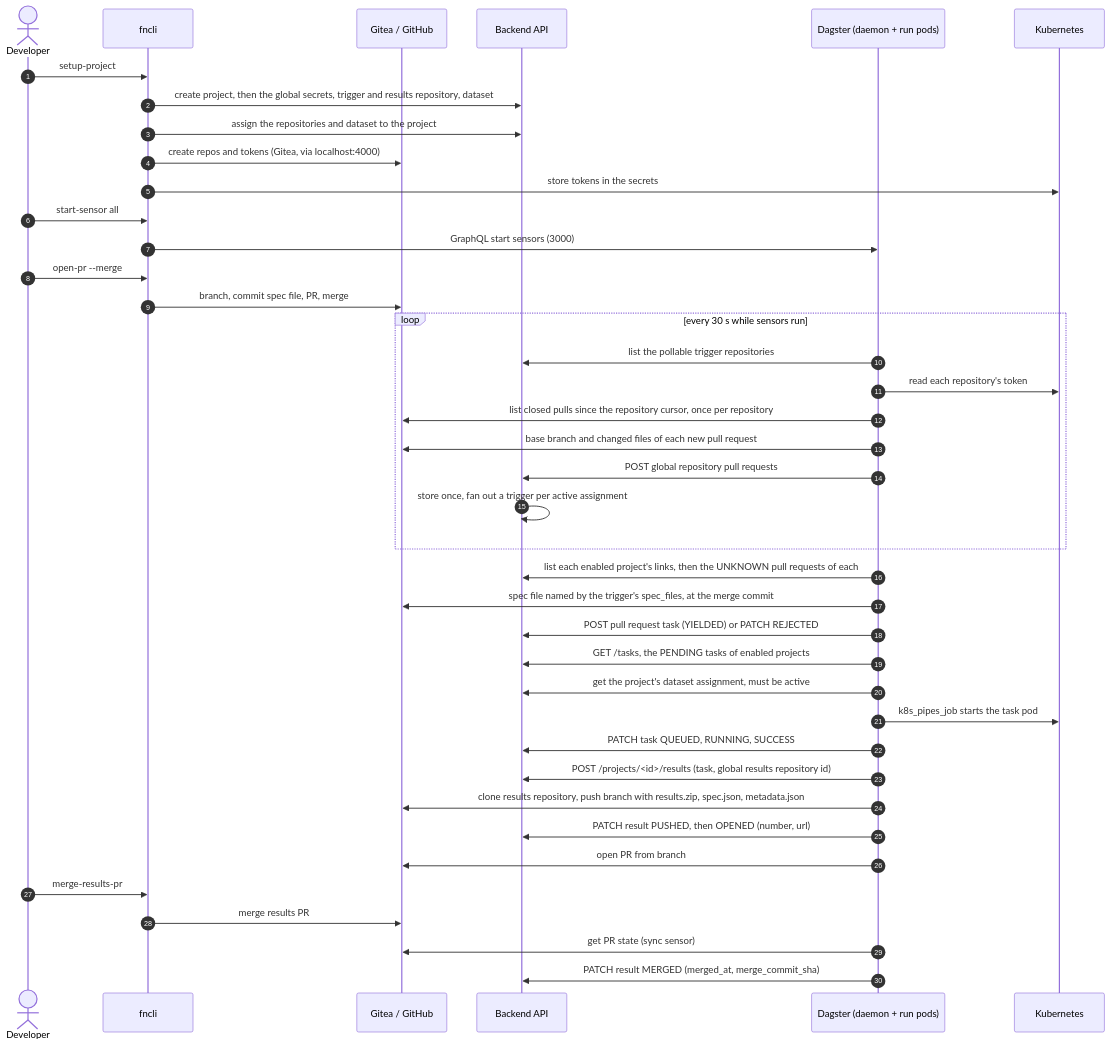
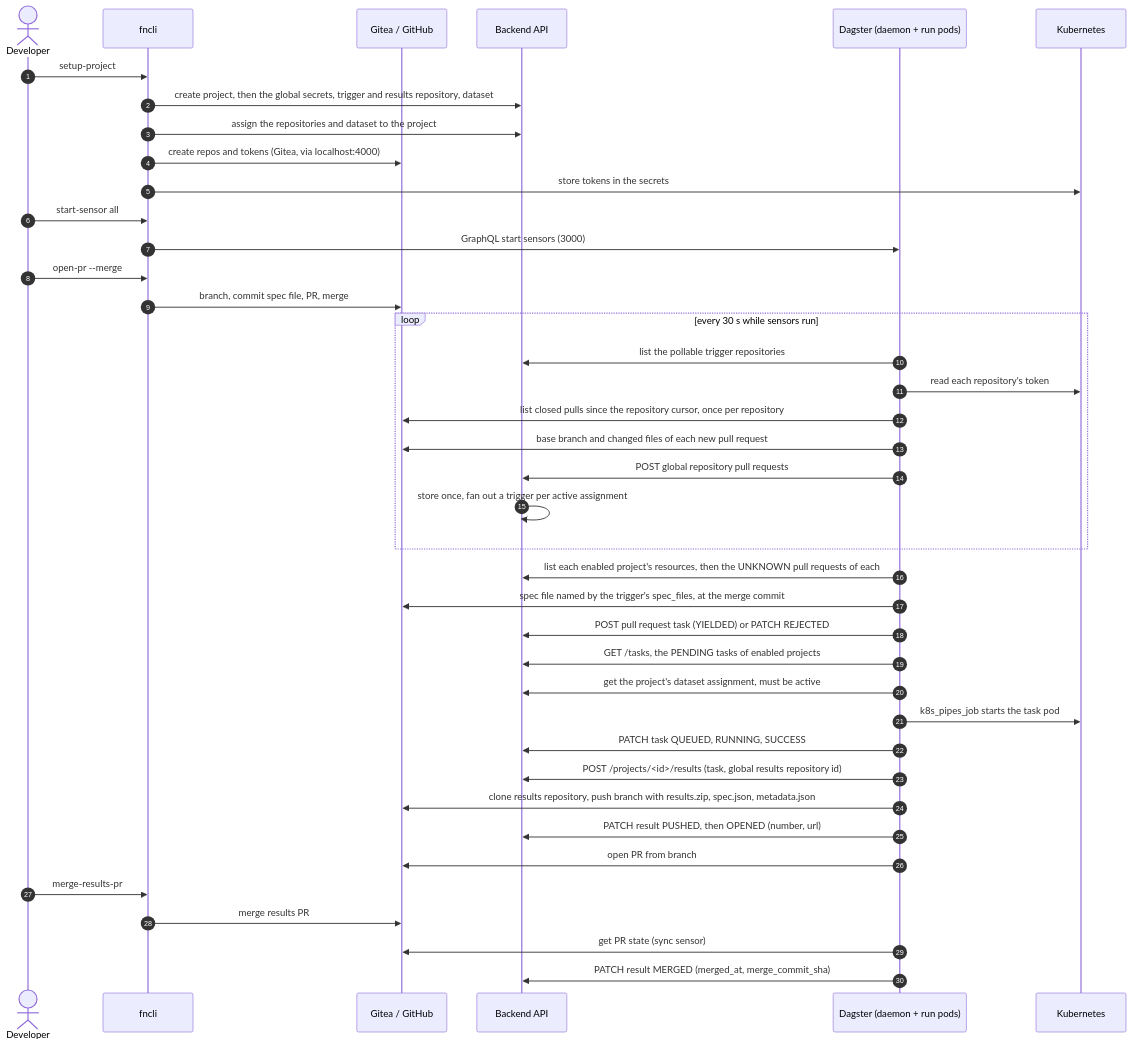
The second of 3 diagrams in docs/architecture/flows.md (Aridhia-Open-Source/PHEMS_federated_node), drawn with Mermaid before and after one commit. The commit also changed other lines of this file and 132 other files, not shown here.

First line of the commit message:
Rename project "links" to project resources

````diff
--- a/docs/architecture/flows.md
+++ b/docs/architecture/flows.md
@@ -56,44 +56,44 @@
 ```mermaid
 sequenceDiagram
     autonumber
     actor Dev as Developer
     participant CLI as fncli
     participant Git as Gitea / GitHub
     participant BE as Backend API
     participant DG as Dagster (daemon + run pods)
     participant K8s as Kubernetes
 
     Dev->>CLI: setup-project
     CLI->>BE: create project, then the global secrets, trigger and results repository, dataset
     CLI->>BE: assign the repositories and dataset to the project
     CLI->>Git: create repos and tokens (Gitea, via localhost:4000)
     CLI->>K8s: store tokens in the secrets
     Dev->>CLI: start-sensor all
     CLI->>DG: GraphQL start sensors (3000)
     Dev->>CLI: open-pr --merge
     CLI->>Git: branch, commit spec file, PR, merge
 
     loop every 30 s while sensors run
         DG->>BE: list the pollable trigger repositories
         DG->>K8s: read each repository's token
         DG->>Git: list closed pulls since the repository cursor, once per repository
         DG->>Git: base branch and changed files of each new pull request
         DG->>BE: POST global repository pull requests
         BE->>BE: store once, fan out a trigger per active assignment
     end
-    DG->>BE: list each enabled project's links, then the UNKNOWN pull requests of each
+    DG->>BE: list each enabled project's resources, then the UNKNOWN pull requests of each
     DG->>Git: spec file named by the trigger's spec_files, at the merge commit
     DG->>BE: POST pull request task (YIELDED) or PATCH REJECTED
     DG->>BE: GET /tasks, the PENDING tasks of enabled projects
     DG->>BE: get the project's dataset assignment, must be active
     DG->>K8s: k8s_pipes_job starts the task pod
     DG->>BE: PATCH task QUEUED, RUNNING, SUCCESS
     DG->>BE: POST /projects/<id>/results (task, global results repository id)
     DG->>Git: clone results repository, push branch with results.zip, spec.json, metadata.json
     DG->>BE: PATCH result PUSHED, then OPENED (number, url)
     DG->>Git: open PR from branch
     Dev->>CLI: merge-results-pr
     CLI->>Git: merge results PR
     DG->>Git: get PR state (sync sensor)
     DG->>BE: PATCH result MERGED (merged_at, merge_commit_sha)
 ```
````
